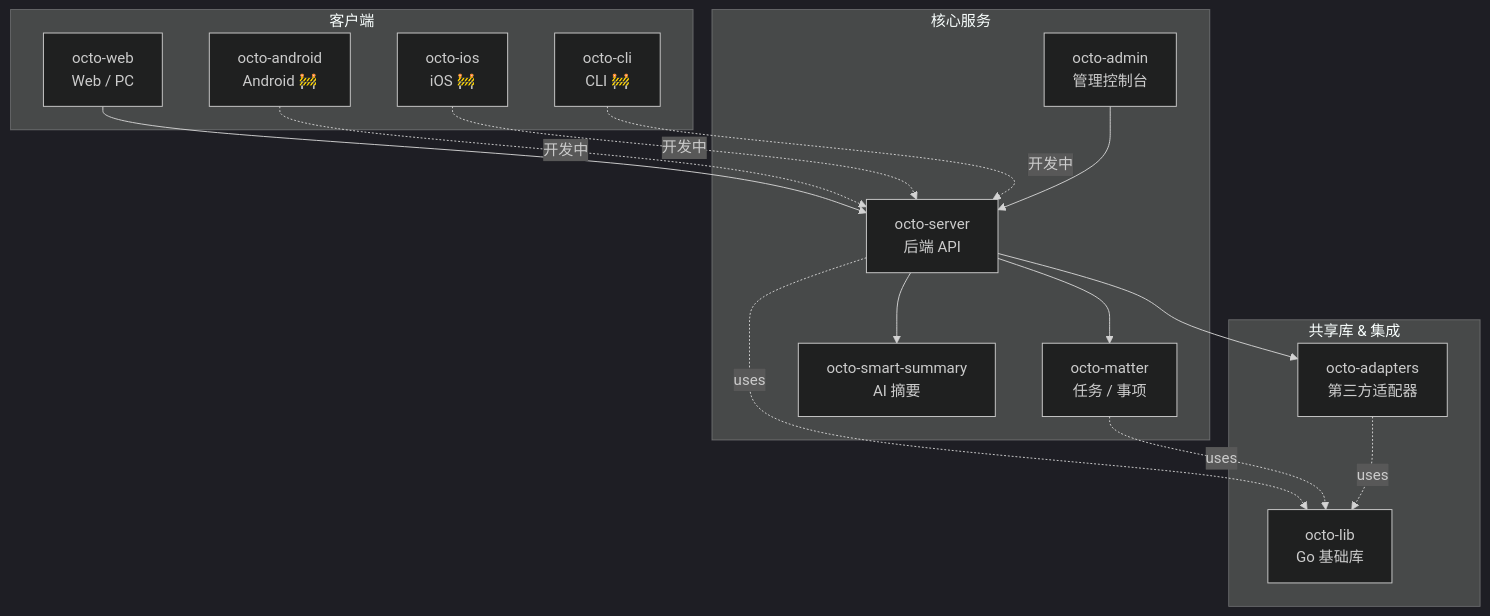
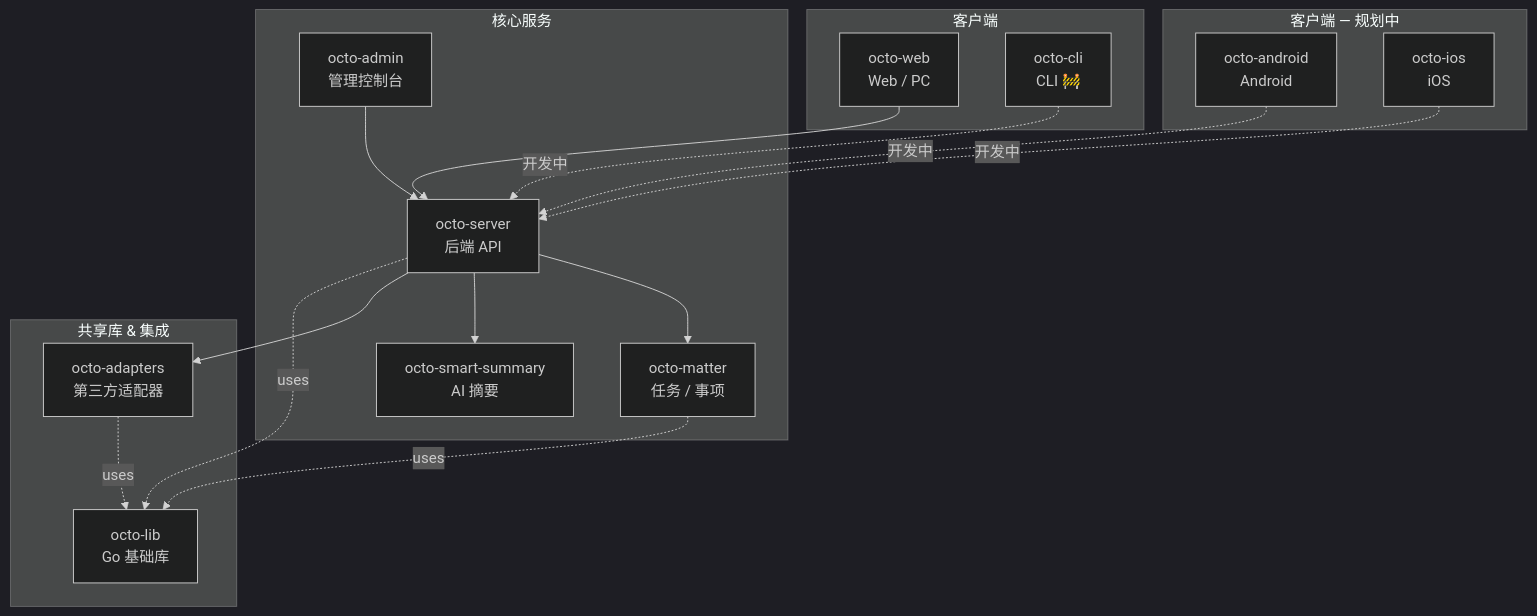
One commit to Mininglamp-OSS/community changed the diagram in README.zh.md. Above: the diagram before and after it, drawn with Mermaid (dark theme). The commit also changed other lines of this file and 2 other files, not shown here.

First line of the commit message:
fix: address review — add LICENSE, fix phantom repo links, add OCTO_SUMMARY_READER_PASSWORD, add star history caption

````diff
--- a/README.zh.md
+++ b/README.zh.md
@@ -50,33 +50,35 @@
 ```mermaid
 graph TD
   subgraph Clients[客户端]
     Web[octo-web<br/>Web / PC]
-    Android[octo-android<br/>Android 🚧]
-    iOS[octo-ios<br/>iOS 🚧]
     CLI[octo-cli<br/>CLI 🚧]
+  end
+  subgraph PlannedClients[客户端 — 规划中]
+    Android[octo-android<br/>Android]
+    iOS[octo-ios<br/>iOS]
   end
 
   subgraph Core[核心服务]
     Server[octo-server<br/>后端 API]
     Matter[octo-matter<br/>任务 / 事项]
     Summary[octo-smart-summary<br/>AI 摘要]
     Admin[octo-admin<br/>管理控制台]
   end
 
   subgraph Shared[共享库 & 集成]
     Lib[octo-lib<br/>Go 基础库]
     Adapters[octo-adapters<br/>第三方适配器]
   end
 
   Web --> Server
   Android -.开发中.-> Server
   iOS -.开发中.-> Server
   CLI -.开发中.-> Server
   Admin --> Server
   Server --> Matter
   Server --> Summary
   Server --> Adapters
   Server -.uses.-> Lib
   Matter -.uses.-> Lib
   Adapters -.uses.-> Lib
 ```
````
